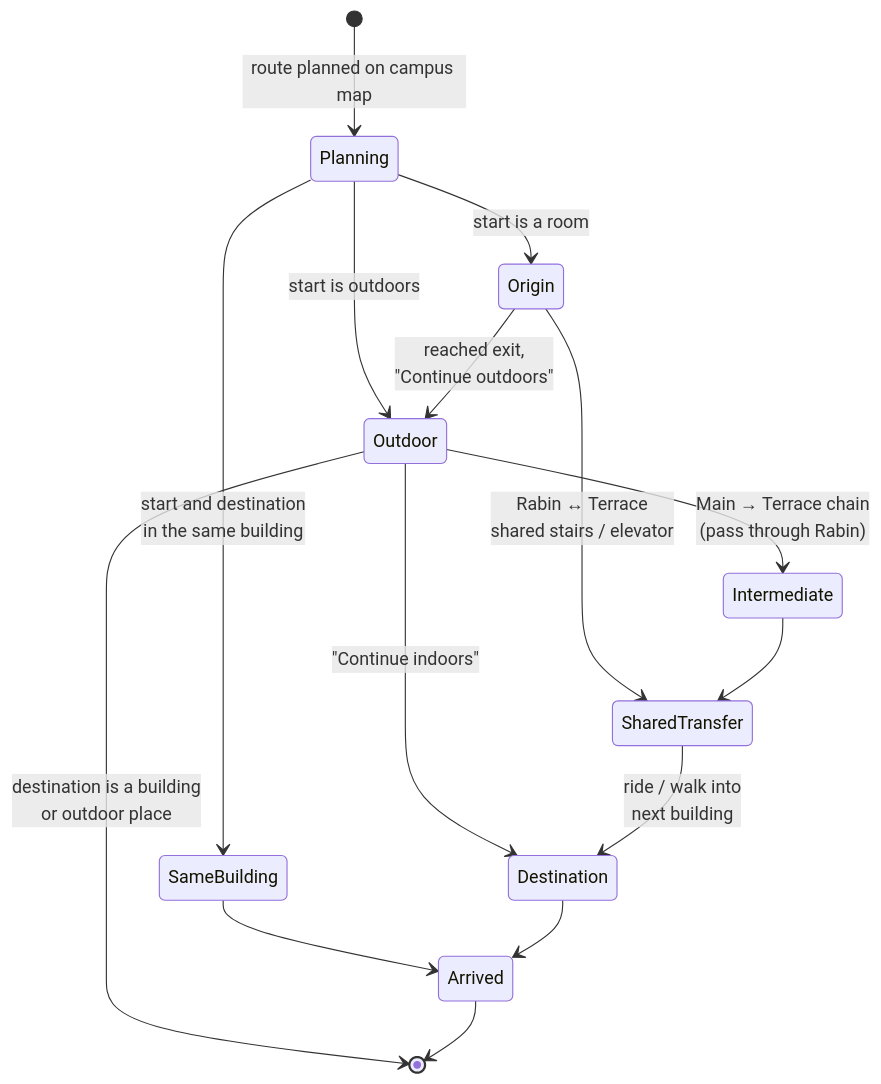
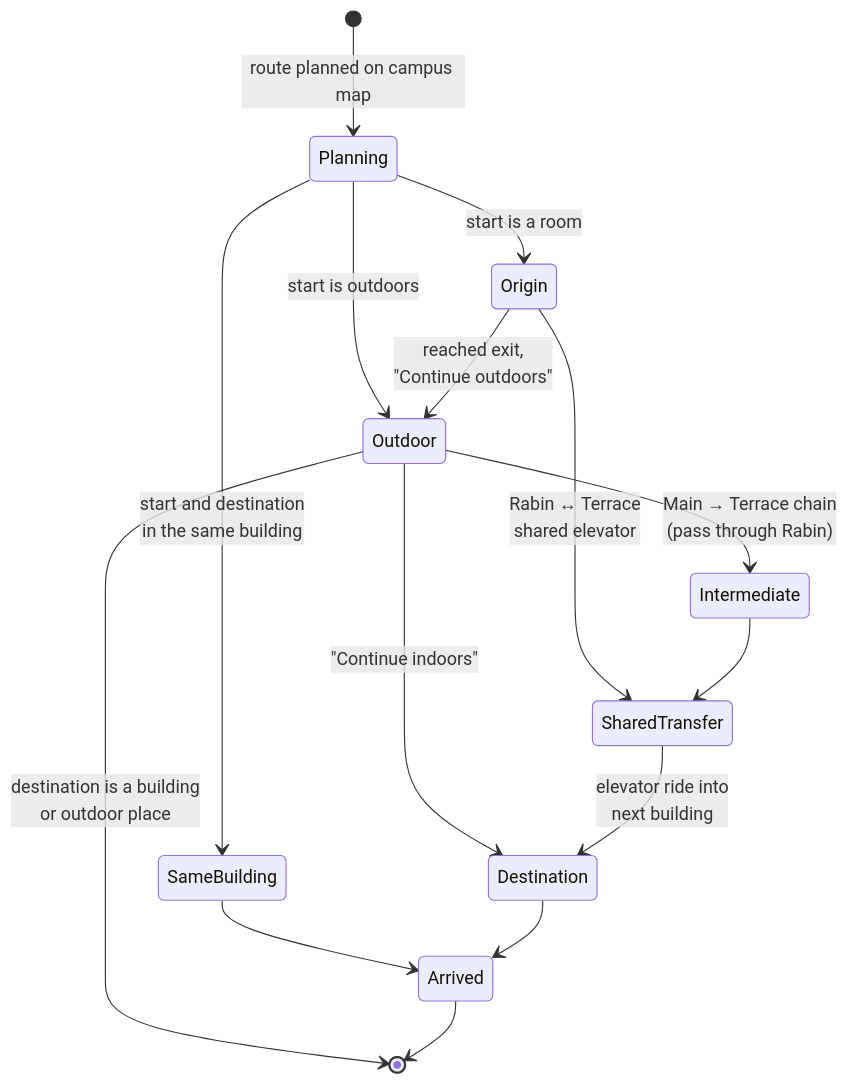
The third of 5 diagrams in docs/06-user-flows.md (hadeel-hamodi/CampusWay), drawn with Mermaid before and after one commit. The commit also changed other lines of this file and 19 other files, not shown here.

````diff
--- a/docs/06-user-flows.md
+++ b/docs/06-user-flows.md
@@ -76,22 +76,22 @@
 ```mermaid
 stateDiagram-v2
     [*] --> Planning: route planned on campus map
 
     Planning --> SameBuilding: start and destination<br/>in the same building
     Planning --> Origin: start is a room
     Planning --> Outdoor: start is outdoors
 
     Origin --> Outdoor: reached exit,<br/>"Continue outdoors"
-    Origin --> SharedTransfer: Rabin ↔ Terrace<br/>shared stairs / elevator
+    Origin --> SharedTransfer: Rabin ↔ Terrace<br/>shared elevator
 
     Outdoor --> Intermediate: Main → Terrace chain<br/>(pass through Rabin)
     Outdoor --> Destination: "Continue indoors"
     Outdoor --> [*]: destination is a building<br/>or outdoor place
 
     Intermediate --> SharedTransfer
-    SharedTransfer --> Destination: ride / walk into<br/>next building
+    SharedTransfer --> Destination: elevator ride into<br/>next building
 
     SameBuilding --> Arrived
     Destination --> Arrived
     Arrived --> [*]
 ```
````
